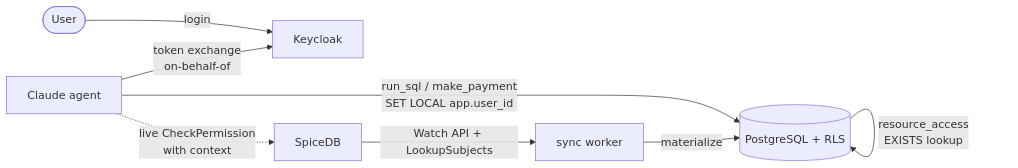
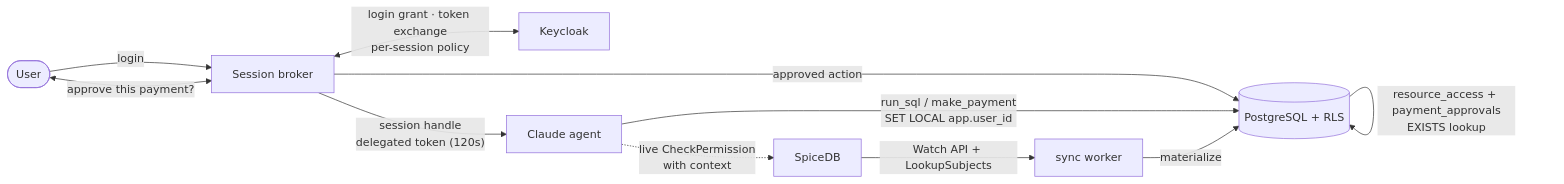
The diagram in docs/agent-authorization-architecture.md (Bartman0/agents-authorisation), drawn with Mermaid before and after one commit. The commit also changed other lines of this file and 2 other files, not shown here.

First line of the commit message:
Bring the README and architecture doc up to the current design (#3)

````diff
--- a/docs/agent-authorization-architecture.md
+++ b/docs/agent-authorization-architecture.md
@@ -69,10 +72,13 @@
 ```mermaid
 flowchart LR
-    user([User]) -->|login| KC[Keycloak]
-    agent[Claude agent] -->|token exchange<br/>on-behalf-of| KC
-    agent -->|run_sql / make_payment<br/>SET LOCAL app.user_id| PG[(PostgreSQL + RLS)]
+    user([User]) -->|login| BRK[Session broker]
+    BRK <-->|"login grant · token exchange<br/>per-session policy"| KC[Keycloak]
+    BRK -->|approved action| PG[(PostgreSQL + RLS)]
+    BRK -->|"session handle<br/>delegated token (120s)"| agent[Claude agent]
+    user <-->|"approve this payment?"| BRK
+    agent -->|run_sql / make_payment<br/>SET LOCAL app.user_id| PG
     agent -.->|live CheckPermission<br/>with context| SDB[SpiceDB]
     SDB -->|Watch API + LookupSubjects| SYNC[sync worker]
     SYNC -->|materialize| PG
-    PG -->|resource_access<br/>EXISTS lookup| PG
+    PG -->|"resource_access + payment_approvals<br/>EXISTS lookup"| PG
 ```
````
